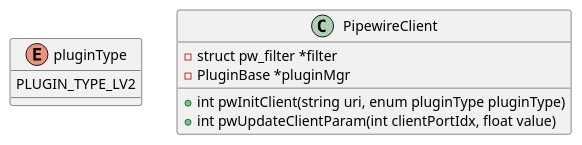
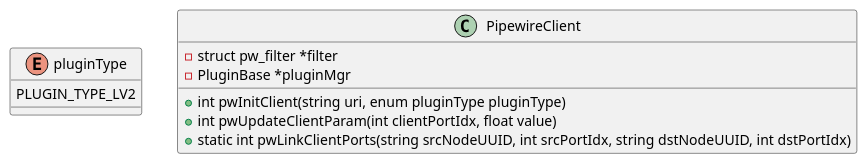
Before and after one commit to abhimanyu-g/calicofx-core: the fifth of 11 diagrams in doc/design.org, drawn with PlantUML. The commit also changed other lines of this file, not shown here.

First line of the commit message:
[doc] Linking ports

```diff
--- a/doc/design.org
+++ b/doc/design.org
@@ -108,13 +109,14 @@
 #+begin_src plantuml :file /tmp/calicofx-pw-client-class-dig.png
   @startuml
   enum pluginType{
         PLUGIN_TYPE_LV2
   }
   class PipewireClient{
         -struct pw_filter *filter
         -PluginBase *pluginMgr
         +int pwInitClient(string uri, enum pluginType pluginType)
         +int pwUpdateClientParam(int clientPortIdx, float value)
+        +static int pwLinkClientPorts(string srcNodeUUID, int srcPortIdx, string dstNodeUUID, int dstPortIdx)
   }
   @enduml
 #+end_src
```
